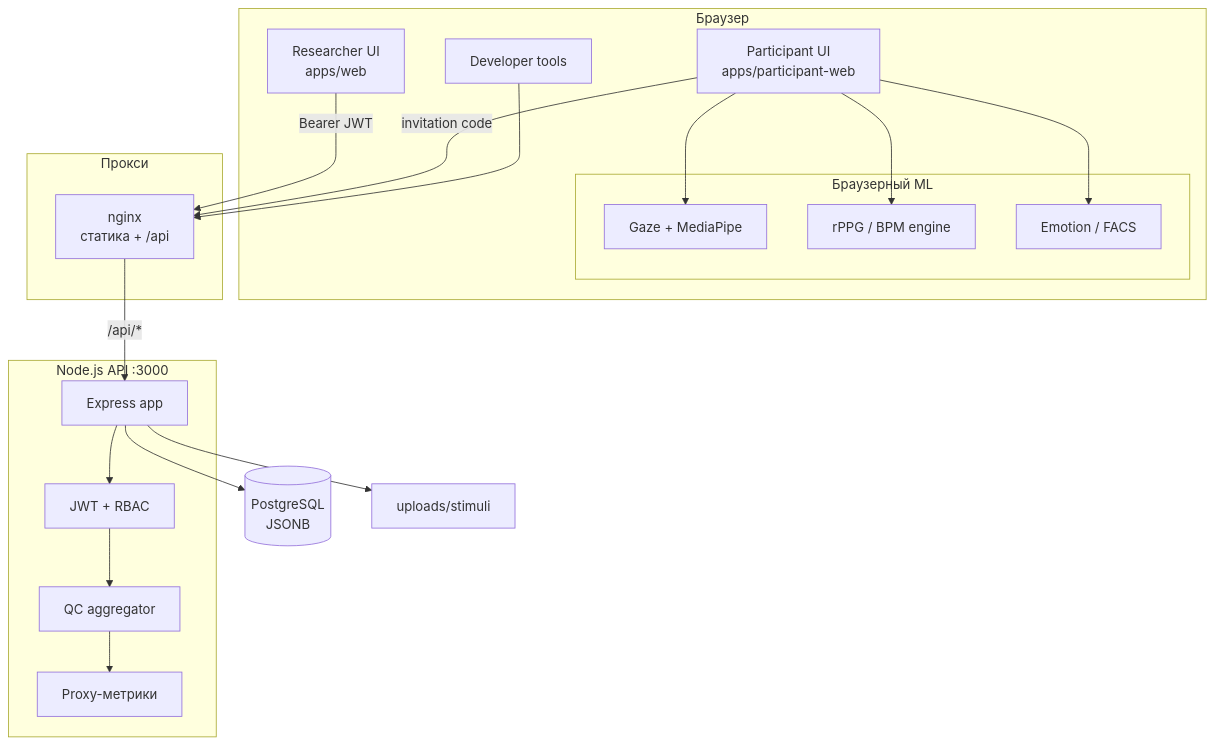
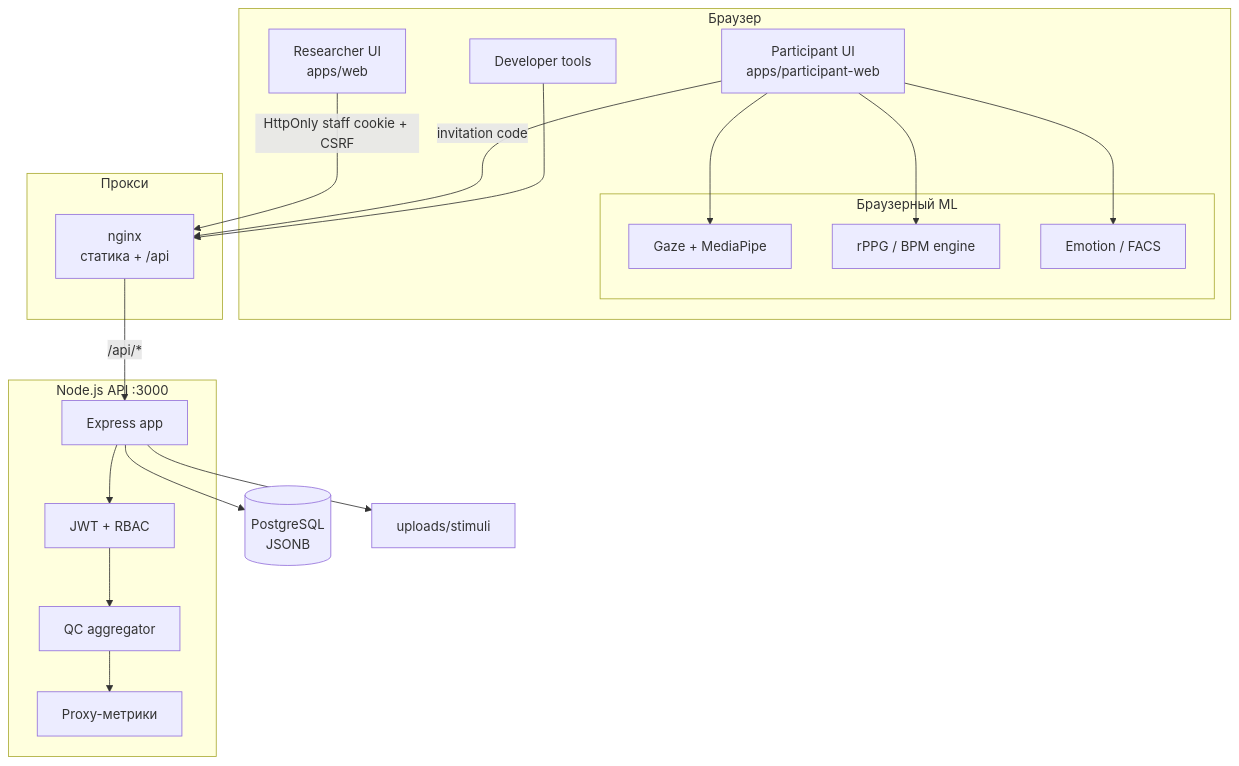
Before and after one commit to web-emocog/web-emocog-core: the first of 4 diagrams in README.md, drawn with Mermaid. The commit also changed other lines of this file and 268 other files, not shown here.

````diff
--- a/README.md
+++ b/README.md
@@ -71,36 +256,36 @@
 ```mermaid
 flowchart TB
   subgraph clients [Браузер]
     R[Researcher UI<br/>apps/web]
     P[Participant UI<br/>apps/participant-web]
     D[Developer tools]
     subgraph ml [Браузерный ML]
       GAZE[Gaze + MediaPipe]
       RPPG[rPPG / BPM engine]
       EMO[Emotion / FACS]
     end
   end
 
   subgraph edge [Прокси]
     NG[nginx<br/>статика + /api]
   end
 
   subgraph backend [Node.js API :3000]
     EX[Express app]
     AUTH[JWT + RBAC]
     QC[QC aggregator]
     PROXY[Proxy-метрики]
   end
 
   PG[(PostgreSQL<br/>JSONB)]
   FS[uploads/stimuli]
 
   P --> GAZE & RPPG & EMO
-  R -->|Bearer JWT| NG
+  R -->|HttpOnly staff cookie + CSRF| NG
   P -->|invitation code| NG
   D --> NG
   NG -->|/api/*| EX
   EX --> AUTH --> QC --> PROXY
   EX --> PG
   EX --> FS
 ```
````
